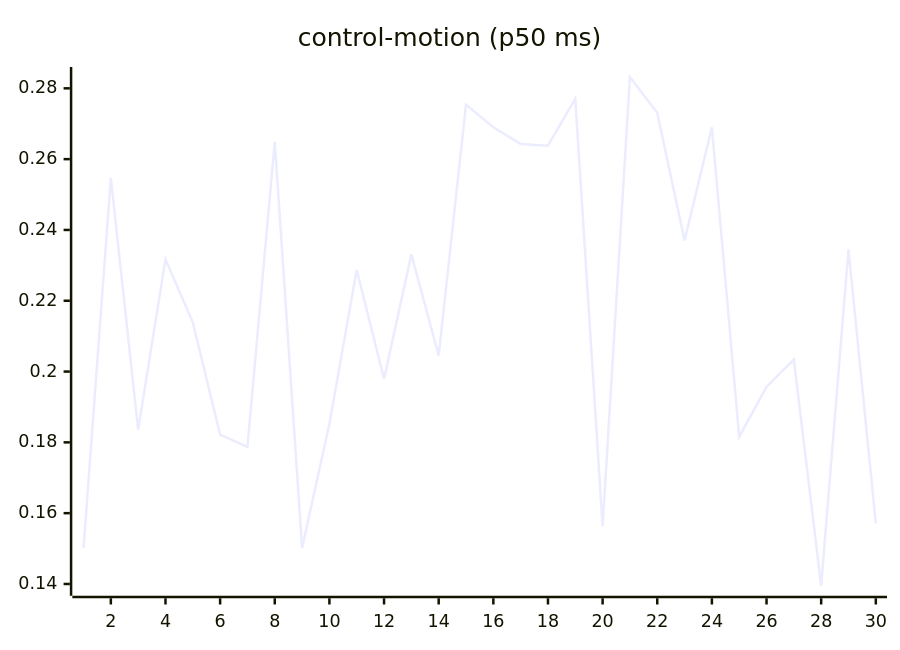
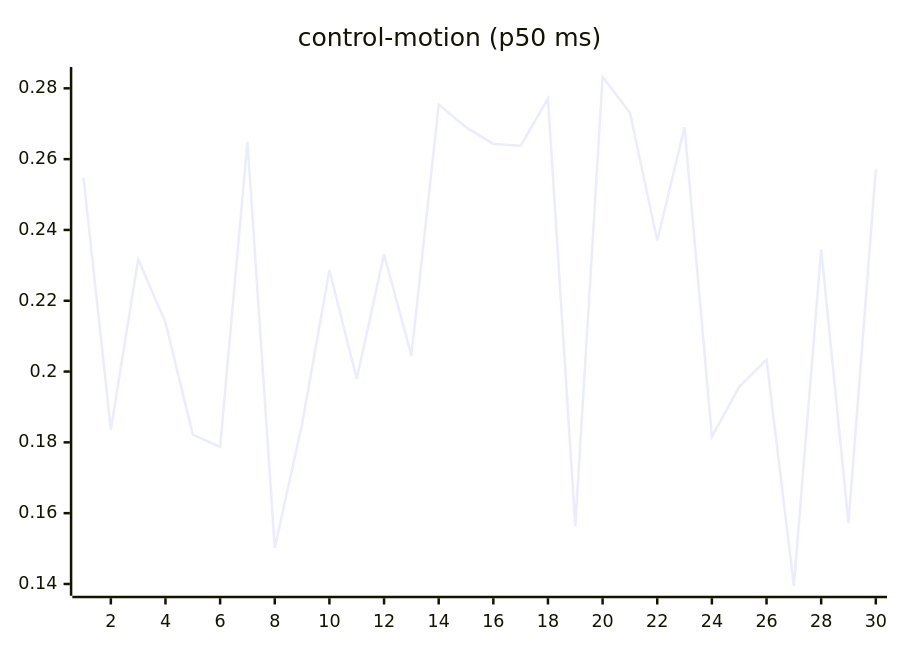
One commit to josha/Facet changed the seventh of 27 diagrams in README.md. Above: the diagram before and after it, drawn with Mermaid. The commit also changed other lines of this file and 2 other files, not shown here.

````diff
--- a/README.md
+++ b/README.md
@@ -105,6 +105,6 @@
 ```mermaid
 xychart-beta
     title "control-motion (p50 ms)"
     x-axis 1 --> 30
-    line [0.1502, 0.2547, 0.1836, 0.2317, 0.2139, 0.1822, 0.1787, 0.2649, 0.1502, 0.1852, 0.2287, 0.1979, 0.2331, 0.2045, 0.2754, 0.2690, 0.2643, 0.2638, 0.2771, 0.1563, 0.2832, 0.2731, 0.2370, 0.2690, 0.1816, 0.1957, 0.2034, 0.1395, 0.2345, 0.1571]
+    line [0.2547, 0.1836, 0.2317, 0.2139, 0.1822, 0.1787, 0.2649, 0.1502, 0.1852, 0.2287, 0.1979, 0.2331, 0.2045, 0.2754, 0.2690, 0.2643, 0.2638, 0.2771, 0.1563, 0.2832, 0.2731, 0.2370, 0.2690, 0.1816, 0.1957, 0.2034, 0.1395, 0.2345, 0.1571, 0.2571]
 ```
````
